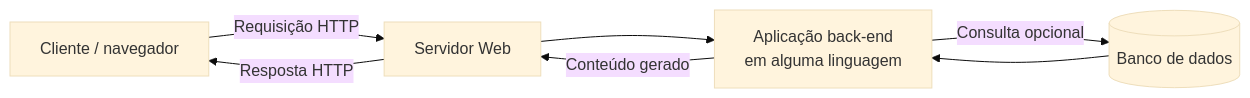
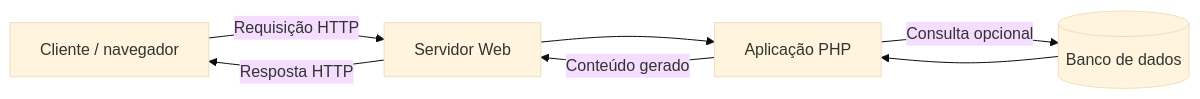
The diagram in 05. Desenvolvimento Web Back-End/04. Linguagens de programação back-end e PHP.md (leorruas/puc), drawn with Mermaid (base theme) before and after one commit. The commit also changed other lines of this file, not shown here.

Commit message:
Reorganiza artigo 04 com PHP como eixo principal

````diff
--- a/05. Desenvolvimento Web Back-End/04. Linguagens de programação back-end e PHP.md
+++ b/05. Desenvolvimento Web Back-End/04. Linguagens de programação back-end e PHP.md
@@ -21,9 +44,9 @@
 ```mermaid
 flowchart LR
     C["Cliente / navegador"] -->|"Requisição HTTP"| W["Servidor Web"]
-    W --> A["Aplicação back-end<br>em alguma linguagem"]
+    W --> A["Aplicação PHP"]
     A -->|"Consulta opcional"| B[("Banco de dados")]
     B --> A
     A -->|"Conteúdo gerado"| W
     W -->|"Resposta HTTP"| C
 ```
````
